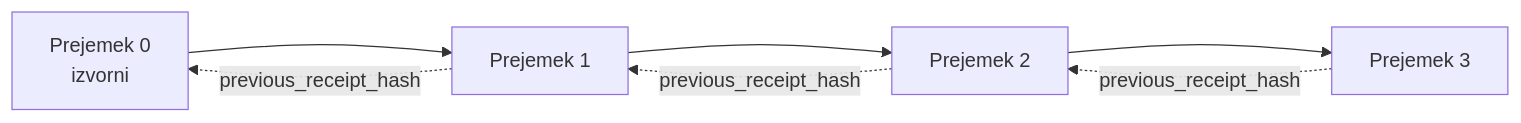
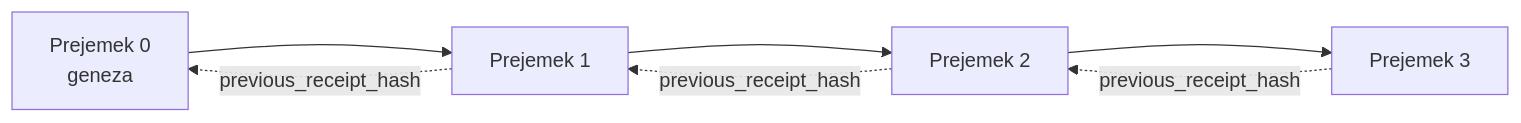
Before and after one commit to microsoft/ai-agents-for-beginners: the second of 2 diagrams in translations/sl/18-securing-ai-agents/README.md, drawn with Mermaid. The commit also changed other lines of this file and 93 other files, not shown here.

````diff
--- a/translations/sl/18-securing-ai-agents/README.md
+++ b/translations/sl/18-securing-ai-agents/README.md
@@ -206,9 +206,9 @@
 ```mermaid
 flowchart LR
-    R0[Prejemek 0<br/>izvorni] --> R1[Prejemek 1]
+    R0[Prejemek 0<br/>geneza] --> R1[Prejemek 1]
     R1 --> R2[Prejemek 2]
     R2 --> R3[Prejemek 3]
     R1 -. previous_receipt_hash .-> R0
     R2 -. previous_receipt_hash .-> R1
     R3 -. previous_receipt_hash .-> R2
 ```
````
